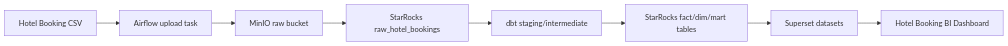
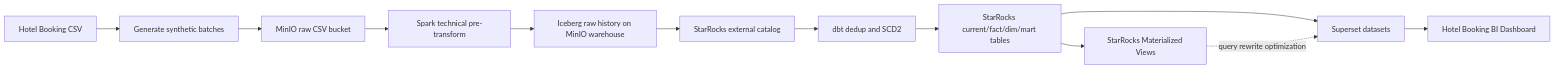
One commit to tda216/StarRocks_dataflow changed the diagram in docs/architecture.md. Above: the diagram before and after it, drawn with Mermaid. The commit also changed other lines of this file and 212 other files, not shown here.

Commit message:
feat: implement SCD modeling, deduping logic, and materialized view refreshing for hotel booking pipeline

````diff
--- a/docs/architecture.md
+++ b/docs/architecture.md
@@ -36,10 +38,14 @@
 ```mermaid
 flowchart LR
-    A[Hotel Booking CSV] --> B[Airflow upload task]
-    B --> C[MinIO raw bucket]
-    C --> D[StarRocks raw_hotel_bookings]
-    D --> E[dbt staging/intermediate]
-    E --> F[StarRocks fact/dim/mart tables]
-    F --> G[Superset datasets]
-    G --> H[Hotel Booking BI Dashboard]
+    A[Hotel Booking CSV] --> B[Generate synthetic batches]
+    B --> C[MinIO raw CSV bucket]
+    C --> D[Spark technical pre-transform]
+    D --> E[Iceberg raw history on MinIO warehouse]
+    E --> F[StarRocks external catalog]
+    F --> G[dbt dedup and SCD2]
+    G --> H[StarRocks current/fact/dim/mart tables]
+    H --> K[StarRocks Materialized Views]
+    H --> I[Superset datasets]
+    K -. query rewrite optimization .-> I
+    I --> J[Hotel Booking BI Dashboard]
 ```
````
